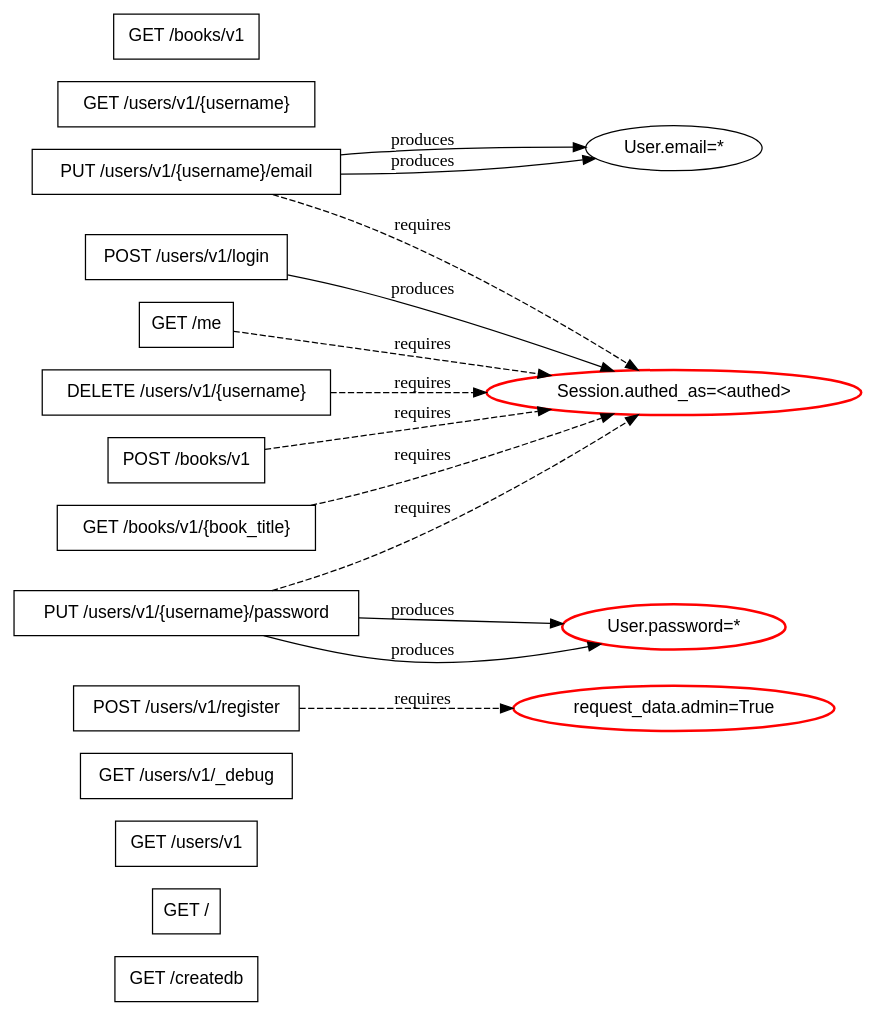
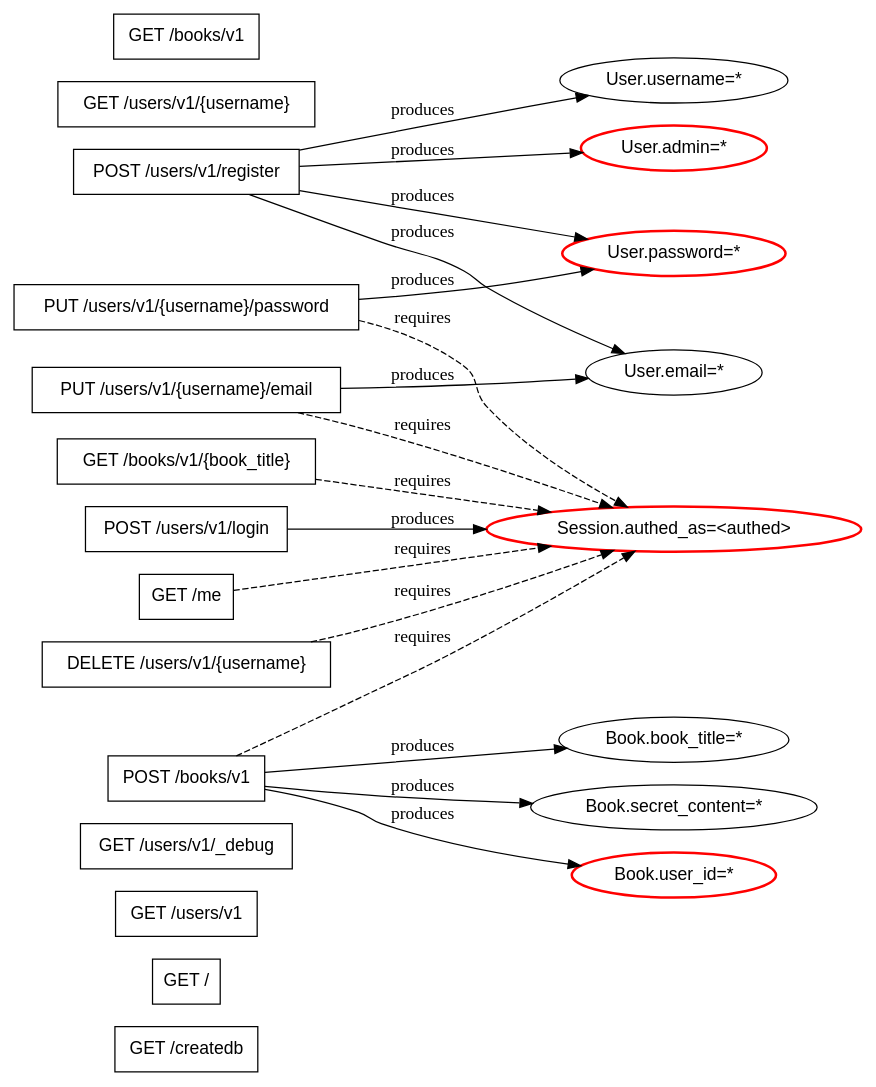
One commit to Landasika/StateForge changed the diagram in results/vampi.stategraph.dot. Above: the diagram before and after it, drawn with Graphviz. The commit also changed 5 other files, not shown here.

```diff
--- a/results/vampi.stategraph.dot
+++ b/results/vampi.stategraph.dot
@@ -1,34 +1,42 @@
 digraph SSTG {
   rankdir=LR;
   node [fontname="Helvetica"];
   "GET /createdb" [shape=box];
   "GET /" [shape=box];
   "GET /users/v1" [shape=box];
   "GET /users/v1/_debug" [shape=box];
   "POST /users/v1/register" [shape=box];
-  "request_data.admin=True" [shape=ellipse, style=bold, color=red];
+  "User.username=*" [shape=ellipse];
+  "User.password=*" [shape=ellipse, style=bold, color=red];
+  "User.email=*" [shape=ellipse];
+  "User.admin=*" [shape=ellipse, style=bold, color=red];
   "POST /users/v1/login" [shape=box];
   "Session.authed_as=<authed>" [shape=ellipse, style=bold, color=red];
   "GET /me" [shape=box];
   "GET /users/v1/{username}" [shape=box];
   "DELETE /users/v1/{username}" [shape=box];
   "PUT /users/v1/{username}/email" [shape=box];
-  "User.email=*" [shape=ellipse];
   "PUT /users/v1/{username}/password" [shape=box];
-  "User.password=*" [shape=ellipse, style=bold, color=red];
   "GET /books/v1" [shape=box];
   "POST /books/v1" [shape=box];
+  "Book.book_title=*" [shape=ellipse];
+  "Book.secret_content=*" [shape=ellipse];
+  "Book.user_id=*" [shape=ellipse, style=bold, color=red];
   "GET /books/v1/{book_title}" [shape=box];
-  "POST /users/v1/register" -> "request_data.admin=True" [style=dashed, label="requires"];
+  "POST /users/v1/register" -> "User.username=*" [label="produces"];
+  "POST /users/v1/register" -> "User.password=*" [label="produces"];
+  "POST /users/v1/register" -> "User.email=*" [label="produces"];
+  "POST /users/v1/register" -> "User.admin=*" [label="produces"];
   "POST /users/v1/login" -> "Session.authed_as=<authed>" [label="produces"];
   "GET /me" -> "Session.authed_as=<authed>" [style=dashed, label="requires"];
   "DELETE /users/v1/{username}" -> "Session.authed_as=<authed>" [style=dashed, label="requires"];
   "PUT /users/v1/{username}/email" -> "Session.authed_as=<authed>" [style=dashed, label="requires"];
   "PUT /users/v1/{username}/email" -> "User.email=*" [label="produces"];
-  "PUT /users/v1/{username}/email" -> "User.email=*" [label="produces"];
   "PUT /users/v1/{username}/password" -> "Session.authed_as=<authed>" [style=dashed, label="requires"];
   "PUT /users/v1/{username}/password" -> "User.password=*" [label="produces"];
-  "PUT /users/v1/{username}/password" -> "User.password=*" [label="produces"];
   "POST /books/v1" -> "Session.authed_as=<authed>" [style=dashed, label="requires"];
+  "POST /books/v1" -> "Book.book_title=*" [label="produces"];
+  "POST /books/v1" -> "Book.secret_content=*" [label="produces"];
+  "POST /books/v1" -> "Book.user_id=*" [label="produces"];
   "GET /books/v1/{book_title}" -> "Session.authed_as=<authed>" [style=dashed, label="requires"];
 }
```
